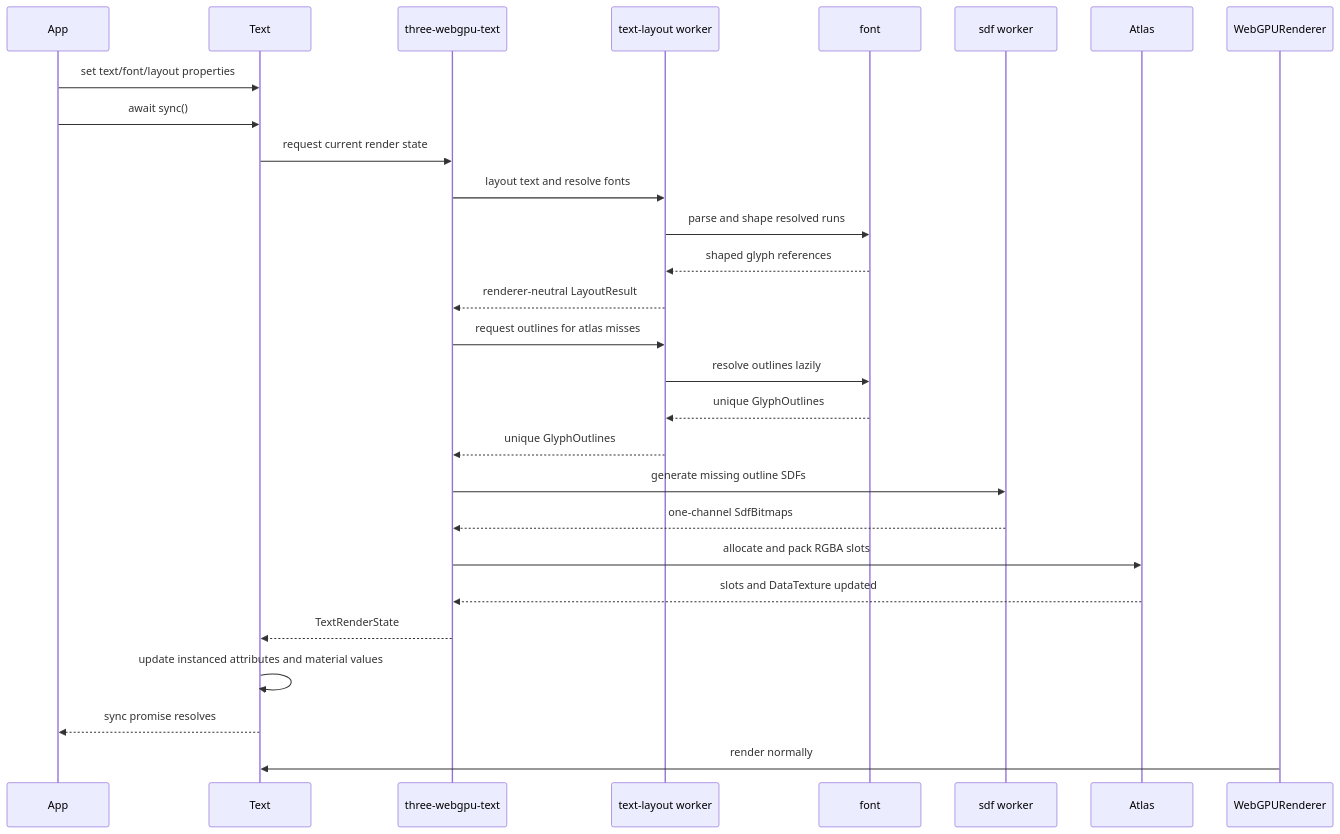
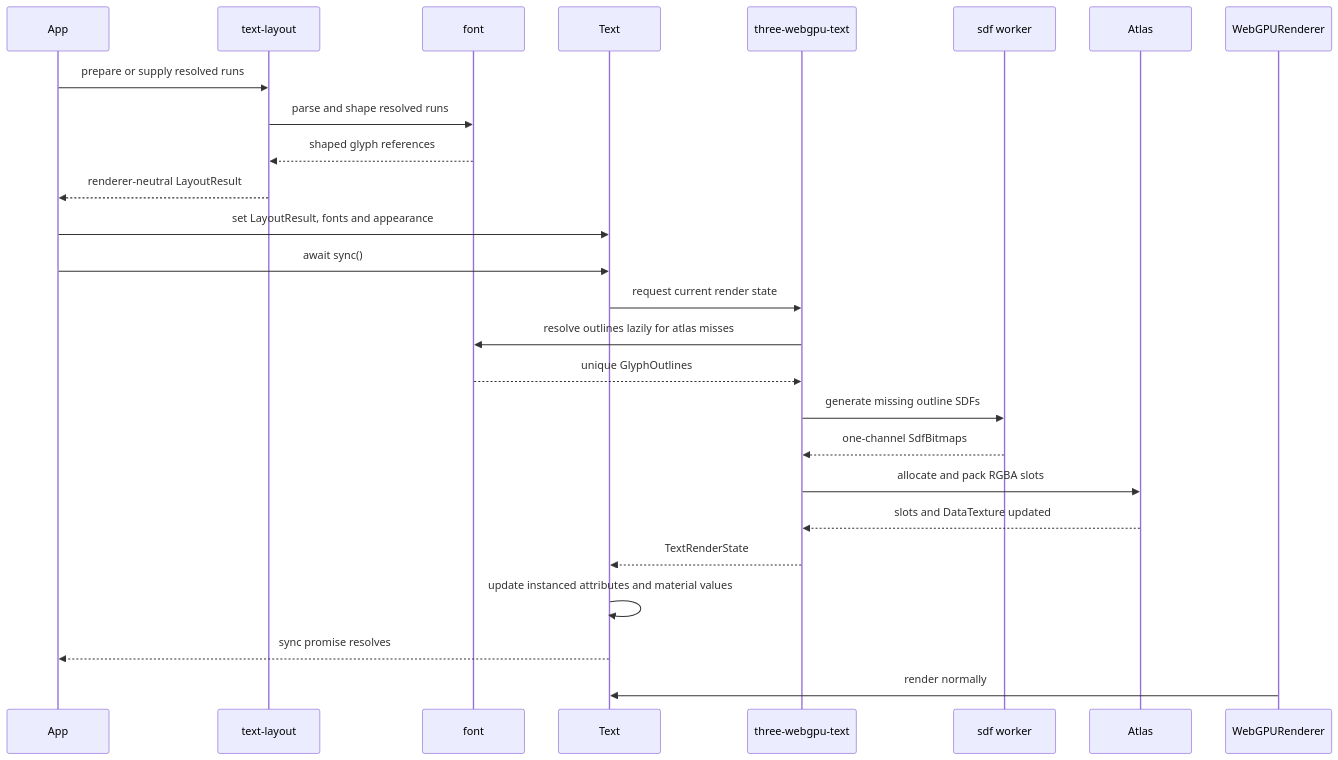
One commit to julia-script/text-rendering-toolkit changed the fifth of 5 diagrams in ROADMAP.md. Above: the diagram before and after it, drawn with Mermaid. The commit also changed other lines of this file and 32 other files, not shown here.

Commit message:
refactor: establish renderer-neutral text handoff

````diff
--- a/ROADMAP.md
+++ b/ROADMAP.md
@@ -185,31 +182,29 @@
 ```mermaid
 sequenceDiagram
     participant App
+    participant Layout as text-layout
+    participant Font as font
     participant Text
     participant Renderer as three-webgpu-text
-    participant Layout as text-layout worker
-    participant Font as font
     participant SDF as sdf worker
     participant Atlas
     participant Three as WebGPURenderer
 
-    App->>Text: set text/font/layout properties
+    App->>Layout: prepare or supply resolved runs
+    Layout->>Font: parse and shape resolved runs
+    Font-->>Layout: shaped glyph references
+    Layout-->>App: renderer-neutral LayoutResult
+    App->>Text: set LayoutResult, fonts and appearance
     App->>Text: await sync()
     Text->>Renderer: request current render state
-    Renderer->>Layout: layout text and resolve fonts
-    Layout->>Font: parse and shape resolved runs
-    Font-->>Layout: shaped glyph references
-    Layout-->>Renderer: renderer-neutral LayoutResult
-    Renderer->>Layout: request outlines for atlas misses
-    Layout->>Font: resolve outlines lazily
-    Font-->>Layout: unique GlyphOutlines
-    Layout-->>Renderer: unique GlyphOutlines
+    Renderer->>Font: resolve outlines lazily for atlas misses
+    Font-->>Renderer: unique GlyphOutlines
     Renderer->>SDF: generate missing outline SDFs
     SDF-->>Renderer: one-channel SdfBitmaps
     Renderer->>Atlas: allocate and pack RGBA slots
     Atlas-->>Renderer: slots and DataTexture updated
     Renderer-->>Text: TextRenderState
     Text->>Text: update instanced attributes and material values
     Text-->>App: sync promise resolves
     Three->>Text: render normally
 ```
````
